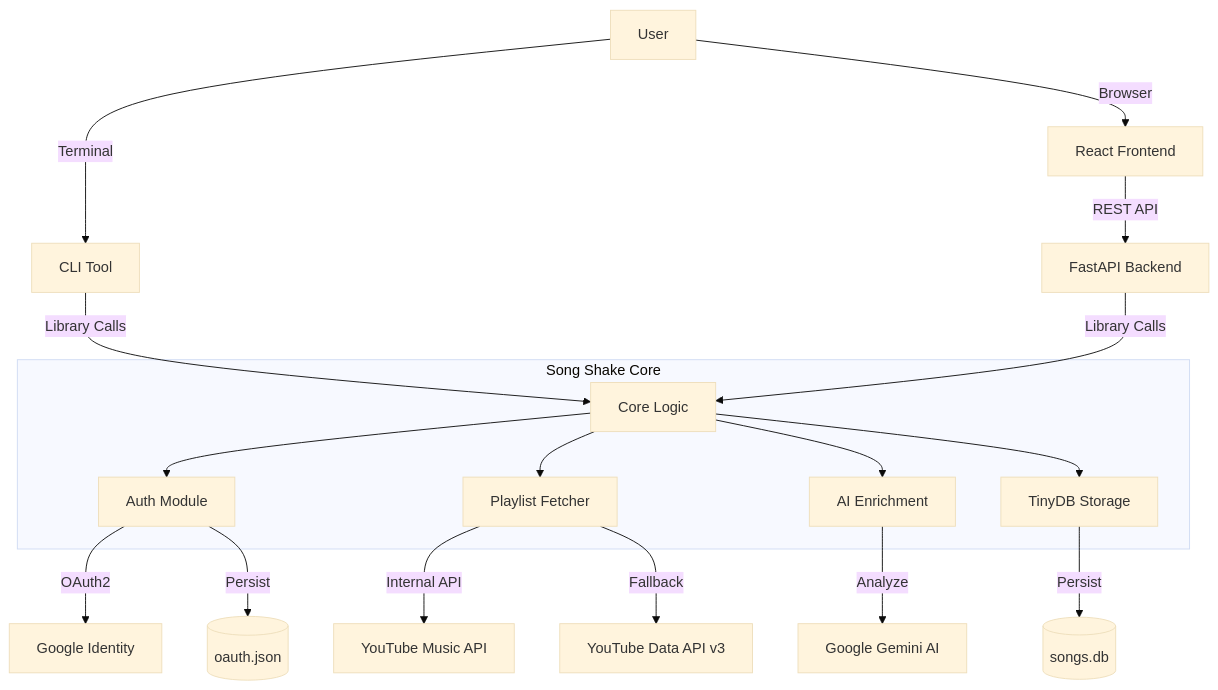
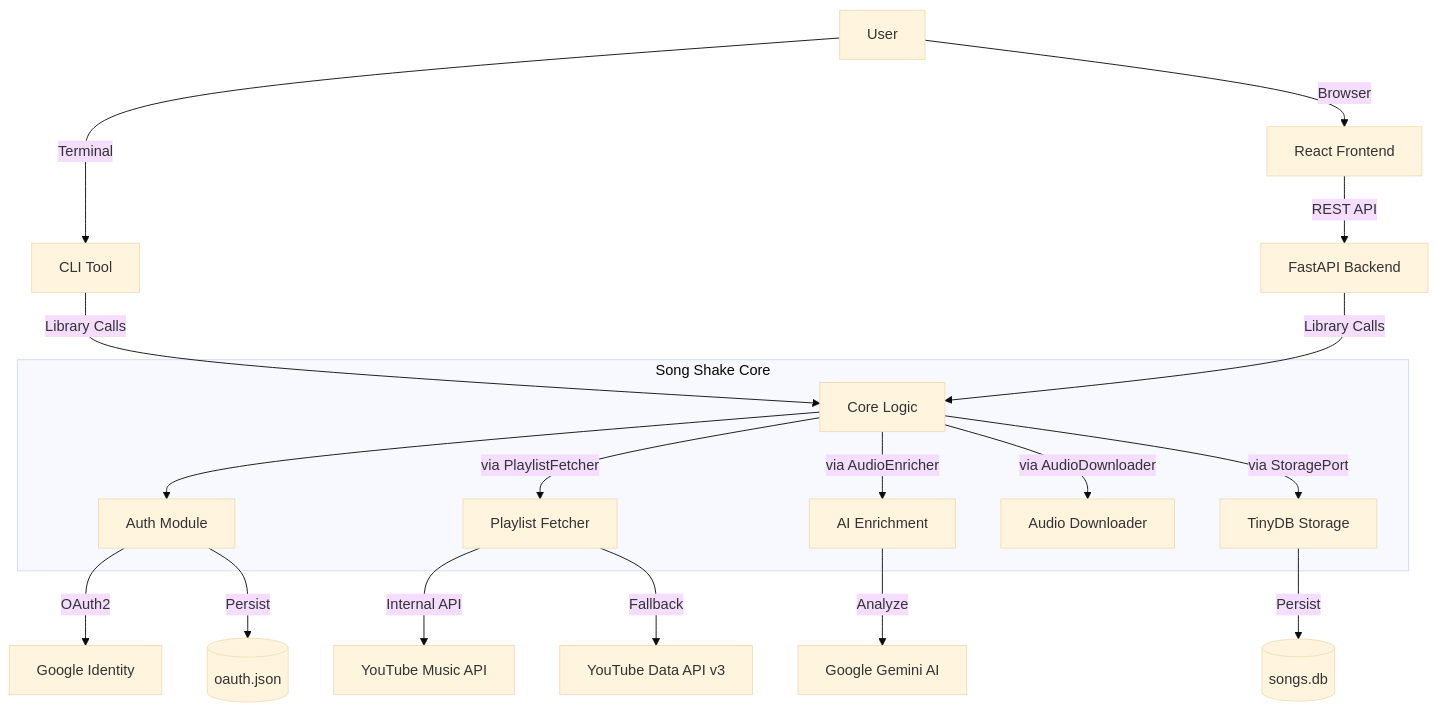
The second of 2 diagrams in README.md (amura2406/songshake), drawn with Mermaid (base theme) before and after one commit. The commit also changed other lines of this file and 10 other files, not shown here.

First line of the commit message:
refactor(enrichment): decouple process_playlist I/O via Protocol-based DI

````diff
--- a/README.md
+++ b/README.md
@@ -140,24 +140,25 @@
 ```mermaid
 graph TD
     User[User] -->|Browser| Frontend[React Frontend]
     User -->|Terminal| CLI[CLI Tool]
     
     Frontend -->|REST API| Backend[FastAPI Backend]
     CLI -->|Library Calls| Core[Core Logic]
     Backend -->|Library Calls| Core
     
     subgraph "Song Shake Core"
         Core --> Auth[Auth Module]
-        Core --> Playlist[Playlist Fetcher]
-        Core --> Enrichment[AI Enrichment]
-        Core --> Storage[TinyDB Storage]
+        Core -->|via PlaylistFetcher| Playlist[Playlist Fetcher]
+        Core -->|via AudioEnricher| Enrichment[AI Enrichment]
+        Core -->|via AudioDownloader| Download[Audio Downloader]
+        Core -->|via StoragePort| Storage[TinyDB Storage]
     end
     
     Auth -->|OAuth2| Google[Google Identity]
     Playlist -->|Internal API| YTMusic[YouTube Music API]
     Playlist -->|Fallback| DataAPI[YouTube Data API v3]
     Enrichment -->|Analyze| Gemini[Google Gemini AI]
     
     Storage -->|Persist| DB[(songs.db)]
     Auth -->|Persist| Token[(oauth.json)]
 ```
````
